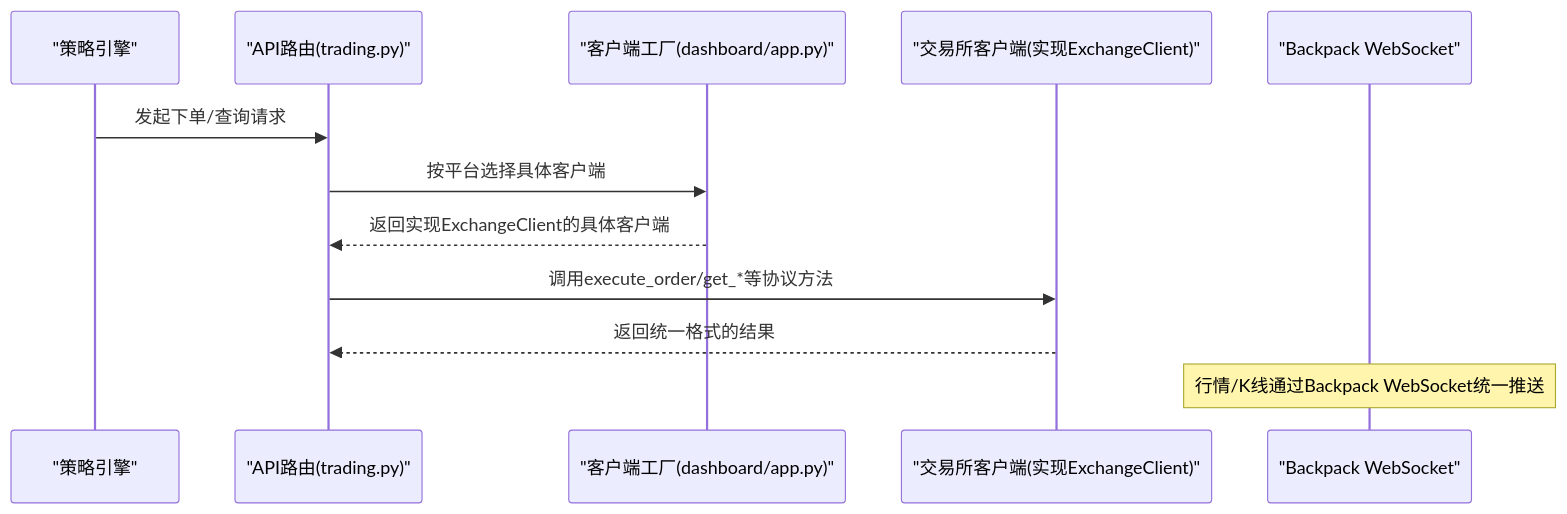
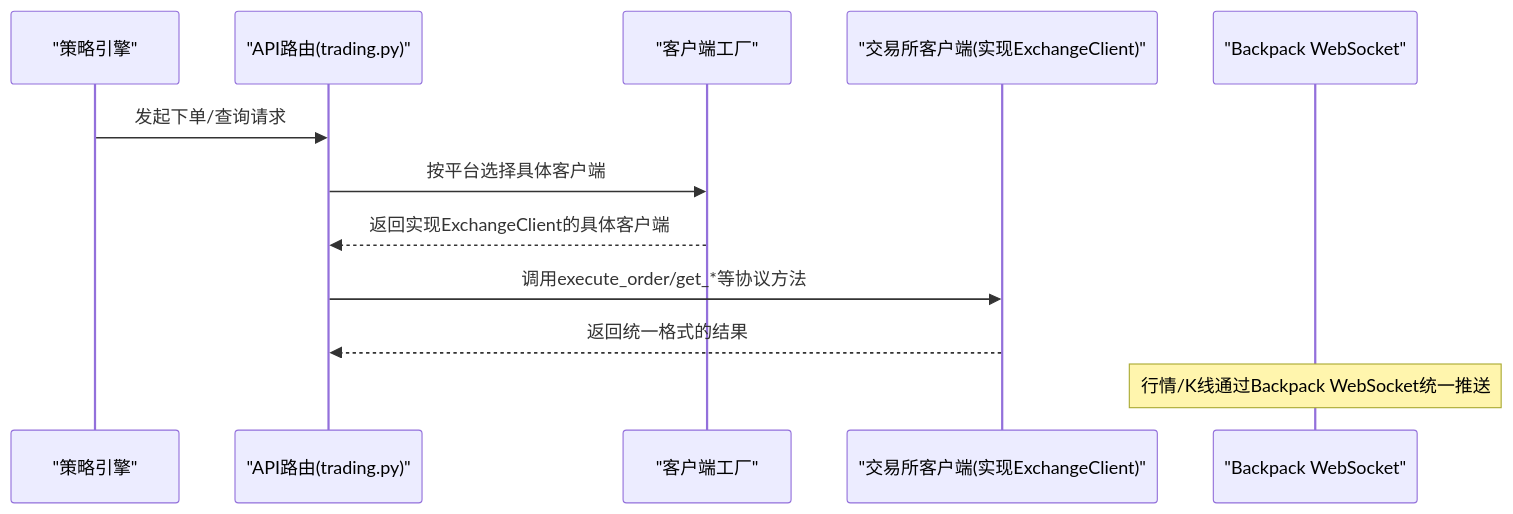
The second of 4 diagrams in .qoder/repowiki/zh/content/交易所集成/交易所客户端抽象设计.md (zyf266/ending), drawn with Mermaid before and after one commit. The commit also changed other lines of this file and 60 other files, not shown here.

````diff
--- a/.qoder/repowiki/zh/content/交易所集成/交易所客户端抽象设计.md
+++ b/.qoder/repowiki/zh/content/交易所集成/交易所客户端抽象设计.md
@@ -92,14 +113,14 @@
 ```mermaid
 sequenceDiagram
 participant Strategy as "策略引擎"
 participant Router as "API路由(trading.py)"
-participant Factory as "客户端工厂(dashboard/app.py)"
+participant Factory as "客户端工厂"
 participant Client as "交易所客户端(实现ExchangeClient)"
 participant WS as "Backpack WebSocket"
 Strategy->>Router : 发起下单/查询请求
 Router->>Factory : 按平台选择具体客户端
 Factory-->>Router : 返回实现ExchangeClient的具体客户端
 Router->>Client : 调用execute_order/get_*等协议方法
 Client-->>Router : 返回统一格式的结果
 Note over WS : 行情/K线通过Backpack WebSocket统一推送
 ```
````
